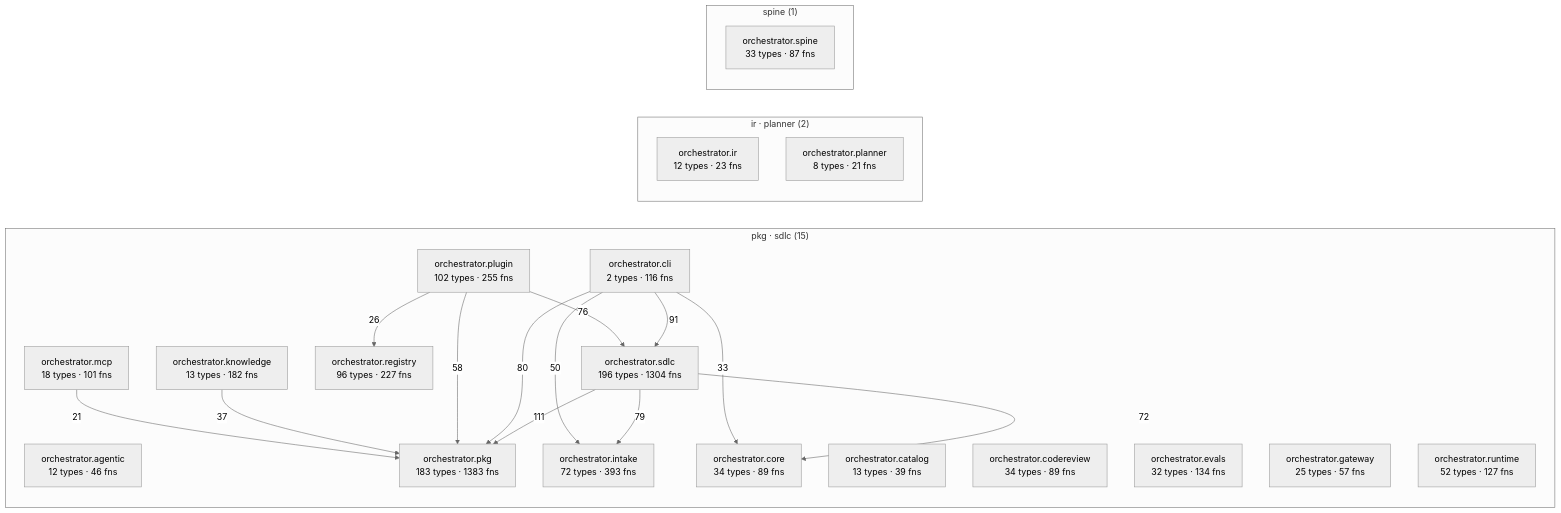
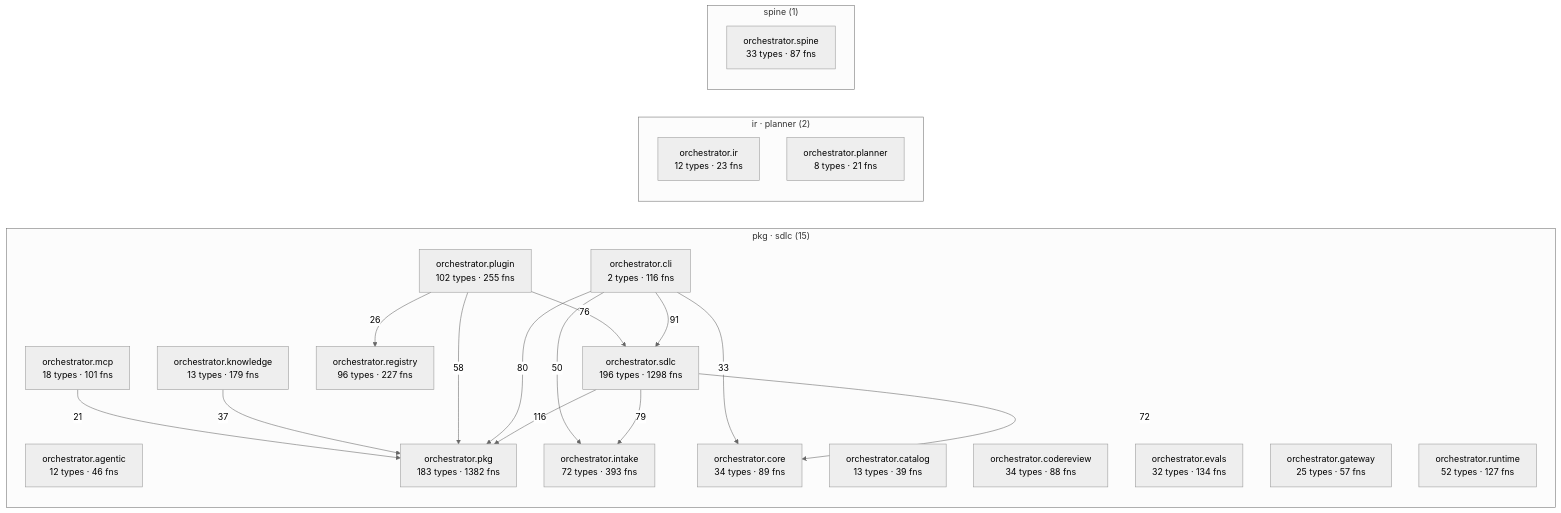
One commit to synaptixs/spine changed the diagram in episteme/architecture.md. Above: the diagram before and after it, drawn with Mermaid (neutral theme). The commit also changed other lines of this file and 28 other files, not shown here.

````diff
--- a/episteme/architecture.md
+++ b/episteme/architecture.md
@@ -56,39 +56,39 @@
 ```mermaid
 flowchart LR
   subgraph c_2["pkg · sdlc (15)"]
     aorchestratoragentic["orchestrator.agentic<br/>12 types · 46 fns"]
     aorchestratorcatalog["orchestrator.catalog<br/>13 types · 39 fns"]
     aorchestratorcli["orchestrator.cli<br/>2 types · 116 fns"]
-    aorchestratorcodereview["orchestrator.codereview<br/>34 types · 89 fns"]
+    aorchestratorcodereview["orchestrator.codereview<br/>34 types · 88 fns"]
     aorchestratorcore["orchestrator.core<br/>34 types · 89 fns"]
     aorchestratorevals["orchestrator.evals<br/>32 types · 134 fns"]
     aorchestratorgateway["orchestrator.gateway<br/>25 types · 57 fns"]
     aorchestratorintake["orchestrator.intake<br/>72 types · 393 fns"]
-    aorchestratorknowledge["orchestrator.knowledge<br/>13 types · 182 fns"]
+    aorchestratorknowledge["orchestrator.knowledge<br/>13 types · 179 fns"]
     aorchestratormcp["orchestrator.mcp<br/>18 types · 101 fns"]
-    aorchestratorpkg["orchestrator.pkg<br/>183 types · 1383 fns"]
+    aorchestratorpkg["orchestrator.pkg<br/>183 types · 1382 fns"]
     aorchestratorplugin["orchestrator.plugin<br/>102 types · 255 fns"]
     aorchestratorregistry["orchestrator.registry<br/>96 types · 227 fns"]
     aorchestratorruntime["orchestrator.runtime<br/>52 types · 127 fns"]
-    aorchestratorsdlc["orchestrator.sdlc<br/>196 types · 1304 fns"]
+    aorchestratorsdlc["orchestrator.sdlc<br/>196 types · 1298 fns"]
   end
   subgraph c_6["ir · planner (2)"]
     aorchestratorir["orchestrator.ir<br/>12 types · 23 fns"]
     aorchestratorplanner["orchestrator.planner<br/>8 types · 21 fns"]
   end
   subgraph c_11["spine (1)"]
     aorchestratorspine["orchestrator.spine<br/>33 types · 87 fns"]
   end
-  aorchestratorsdlc -->|111| aorchestratorpkg
+  aorchestratorsdlc -->|116| aorchestratorpkg
   aorchestratorcli -->|91| aorchestratorsdlc
   aorchestratorcli -->|80| aorchestratorpkg
   aorchestratorsdlc -->|79| aorchestratorintake
   aorchestratorplugin -->|76| aorchestratorsdlc
   aorchestratorsdlc -->|72| aorchestratorcore
   aorchestratorplugin -->|58| aorchestratorpkg
   aorchestratorcli -->|50| aorchestratorintake
   aorchestratorknowledge -->|37| aorchestratorpkg
   aorchestratorcli -->|33| aorchestratorcore
   aorchestratorplugin -->|26| aorchestratorregistry
   aorchestratormcp -->|21| aorchestratorpkg
 ```
````
